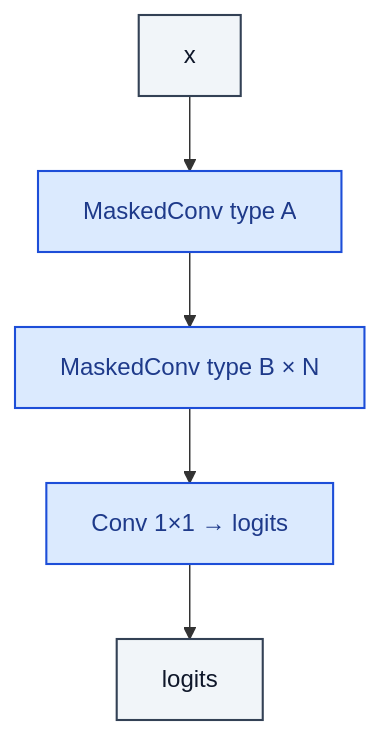
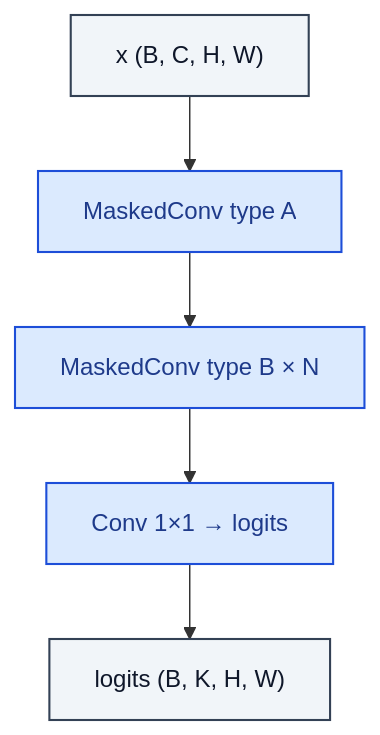
Before and after one commit to RealityShifts/Srivastava-book-of-Blocks-diagrams: the diagram in generative/AutoregressiveBlock.md, drawn with Mermaid. The commit also changed 123 other files, not shown here.

````diff
--- a/generative/AutoregressiveBlock.md
+++ b/generative/AutoregressiveBlock.md
@@ -7,21 +7,22 @@
 ```mermaid
 flowchart TD
-    n0_0["x"]:::io
+    n0_0["x  (B, C, H, W)"]:::io
     n1_0["MaskedConv  type A"]:::op
     n2_0["MaskedConv  type B  × N"]:::op
     n3_0["Conv 1×1 → logits"]:::op
-    n4_0["logits"]:::io
+    n4_0["logits  (B, K, H, W)"]:::io
     n0_0 --> n1_0
     n1_0 --> n2_0
     n2_0 --> n3_0
     n3_0 --> n4_0
     classDef io fill:#f1f5f9,stroke:#334155,stroke-width:1.4px,color:#0f172a
     classDef op fill:#dbeafe,stroke:#1d4ed8,stroke-width:1.4px,color:#1e3a8a
     classDef norm fill:#dcfce7,stroke:#15803d,stroke-width:1.4px,color:#14532d
     classDef act fill:#ffedd5,stroke:#c2410c,stroke-width:1.4px,color:#7c2d12
     classDef attn fill:#ede9fe,stroke:#6d28d9,stroke-width:1.4px,color:#4c1d95
     classDef merge fill:#fef3c7,stroke:#b45309,stroke-width:1.4px,color:#78350f
     classDef emb fill:#fef9c3,stroke:#a16207,stroke-width:1.4px,color:#713f12
     classDef loss fill:#fee2e2,stroke:#b91c1c,stroke-width:1.4px,color:#7f1d1d
     classDef ctrl fill:#f5f5f4,stroke:#52525b,stroke-width:1.4px,color:#27272a
+    classDef ref fill:#e0f2fe,stroke:#0369a1,stroke-width:2px,color:#0c4a6e,stroke-dasharray: 4 2
 ```
````
